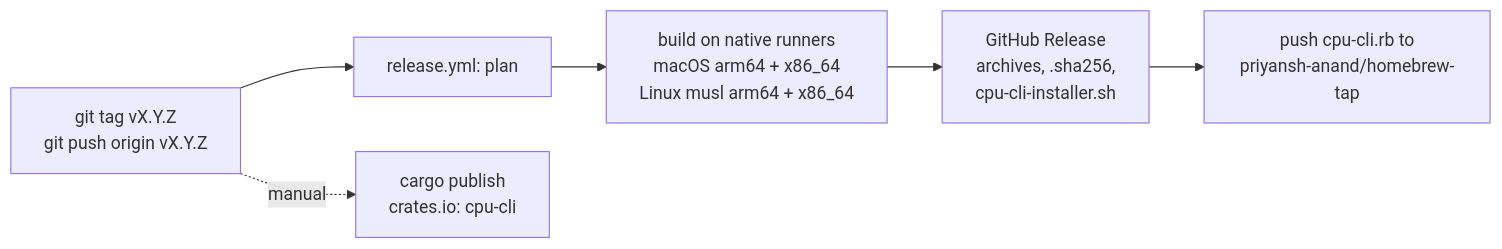
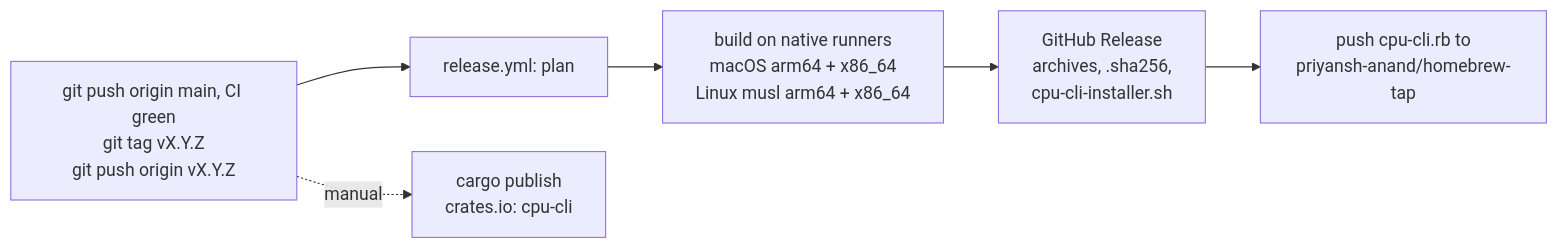
The diagram in docs/releasing.md (priyansh-anand/cpu-cli), drawn with Mermaid before and after one commit. The commit also changed other lines of this file and 2 other files, not shown here.

First line of the commit message:
docs: make the release procedure correct for this repository

````diff
--- a/docs/releasing.md
+++ b/docs/releasing.md
@@ -5,8 +5,8 @@
 ```mermaid
 flowchart LR
-    tag["git tag vX.Y.Z<br/>git push origin vX.Y.Z"] --> plan["release.yml: plan"]
+    tag["git push origin main, CI green<br/>git tag vX.Y.Z<br/>git push origin vX.Y.Z"] --> plan["release.yml: plan"]
     plan --> build["build on native runners<br/>macOS arm64 + x86_64<br/>Linux musl arm64 + x86_64"]
     build --> host["GitHub Release<br/>archives, .sha256,<br/>cpu-cli-installer.sh"]
     host --> brew["push cpu-cli.rb to<br/>priyansh-anand/homebrew-tap"]
     tag -. manual .-> crates["cargo publish<br/>crates.io: cpu-cli"]
 ```
````
